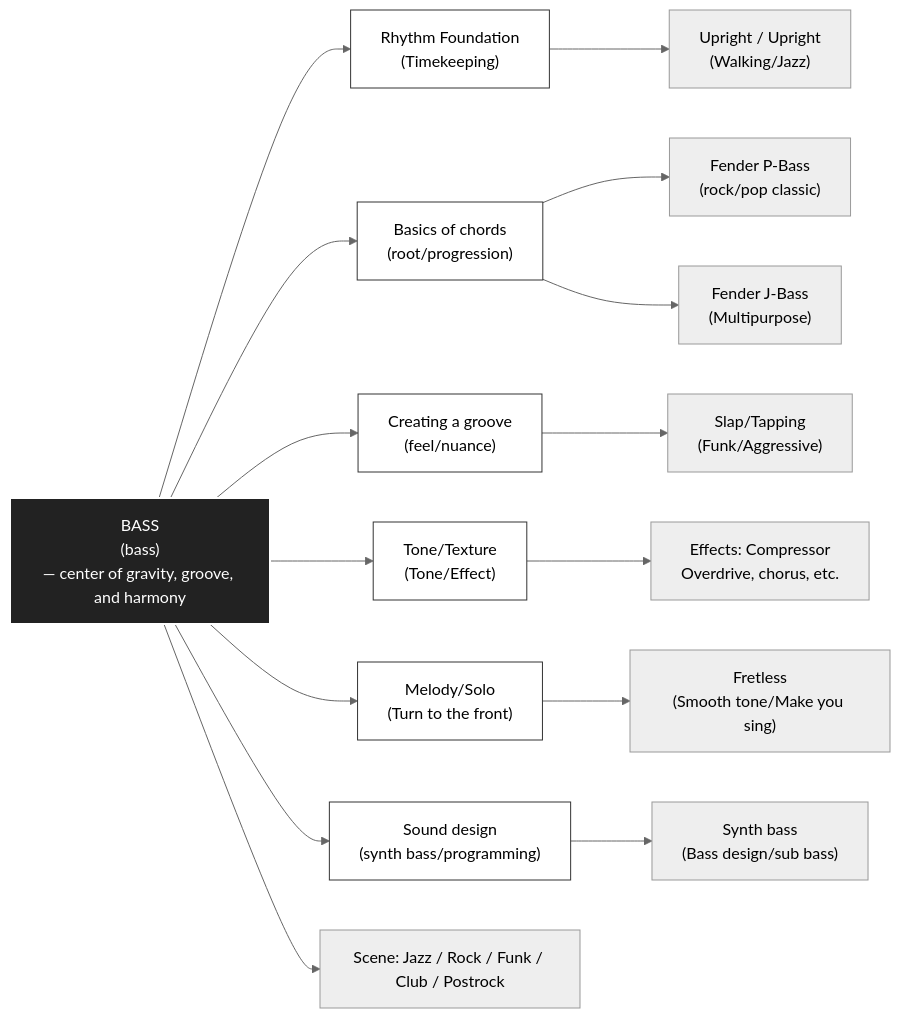
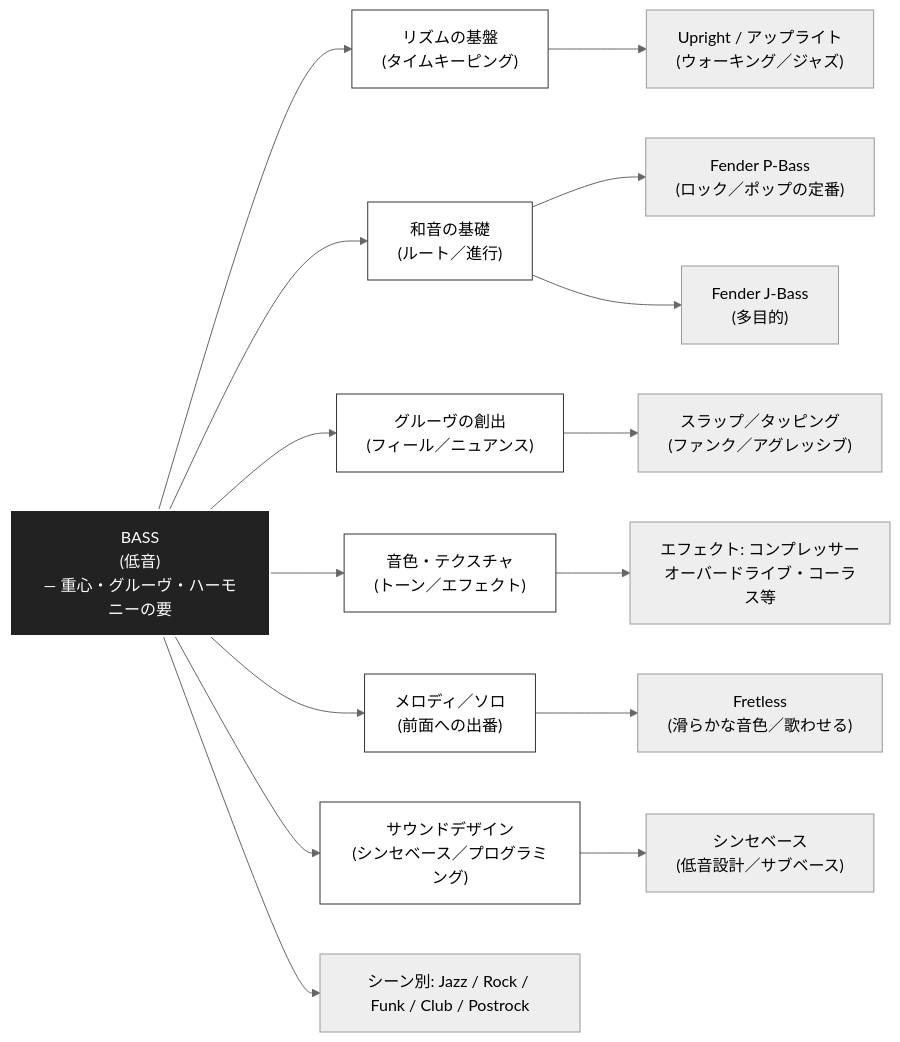
One commit to monumental-movement/monumental-movement.github.io changed the second of 2 diagrams in en/_posts/2025-10-18-column-bassists.md. Above: the diagram before and after it, drawn with Mermaid (neutral theme). The commit also changed other lines of this file and 1724 other files, not shown here.

```diff
--- a/en/_posts/2025-10-18-column-bassists.md
+++ b/en/_posts/2025-10-18-column-bassists.md
@@ -255,58 +253,58 @@
 <div class="mermaid">
 
 flowchart LR
 %% Center: Bass
-Bass["BASS\n(bass)\n— center of gravity, groove, and harmony"]
+Bass["BASS\n(低音)\n— 重心・グルーヴ・ハーモニーの要"]
 
 
-%%Primary roles
-Rhythm["Rhythm Foundation\n(Timekeeping)"]
-Harmony["Basics of chords\n(root/progression)"]
-Groove["Creating a groove\n(feel/nuance)"]
-Texture["Tone/Texture\n(Tone/Effect)"]
-Lead["Melody/Solo\n(Turn to the front)"]
-Design["Sound design\n(synth bass/programming)"]
+%% Primary roles
+Rhythm["リズムの基盤\n(タイムキーピング)"]
+Harmony["和音の基礎\n(ルート／進行)"]
+Groove["グルーヴの創出\n(フィール／ニュアンス)"]
+Texture["音色・テクスチャ\n(トーン／エフェクト)"]
+Lead["メロディ／ソロ\n(前面への出番)"]
+Design["サウンドデザイン\n(シンセベース／プログラミング)"]
 
 
 %% Techniques / Instruments
-Upright["Upright / Upright\n(Walking/Jazz)"]
-P_Bass["Fender P-Bass\n(rock/pop classic)"]
-J_Bass["Fender J-Bass\n(Multipurpose) "]
-Fretless["Fretless\n(Smooth tone/Make you sing) "]
-Synth["Synth bass\n(Bass design/sub bass) "]
-Slap["Slap/Tapping\n(Funk/Aggressive) "]
-Effects["Effects: Compressor\nOverdrive, chorus, etc."]
+Upright["Upright / アップライト\n(ウォーキング／ジャズ)"]
+P_Bass["Fender P-Bass\n(ロック／ポップの定番)"]
+J_Bass["Fender J-Bass\n(多目的) "]
+Fretless["Fretless\n(滑らかな音色／歌わせる) "]
+Synth["シンセベース\n(低音設計／サブベース) "]
+Slap["スラップ／タッピング\n(ファンク／アグレッシブ) "]
+Effects["エフェクト: コンプレッサー\nオーバードライブ・コーラス等"]
 
 
 %% Connections
 Bass --> Rhythm
 Bass --> Harmony
 Bass --> Groove
 Bass --> Texture
 Bass --> Lead
 Bass --> Design
 
 
 Groove --> Slap
 Texture --> Effects
 Design --> Synth
 Rhythm --> Upright
 Harmony --> P_Bass
 Harmony --> J_Bass
 Lead --> Fretless
 
 
-%%Context labels
-Scene1["Scene: Jazz / Rock / Funk / Club / Postrock"]
+%% Context labels
+Scene1["シーン別: Jazz / Rock / Funk / Club / Postrock"]
 Bass --> Scene1
 
 
 style Bass fill:#222,stroke:#fff,color:#fff,stroke-width:2px
 style Rhythm fill:#fff,stroke:#333
 style Harmony fill:#fff,stroke:#333
 style Groove fill:#fff,stroke:#333
 style Texture fill:#fff,stroke:#333
 style Lead fill:#fff,stroke:#333
 style Design fill:#fff,stroke:#333
 
 </div>
```
